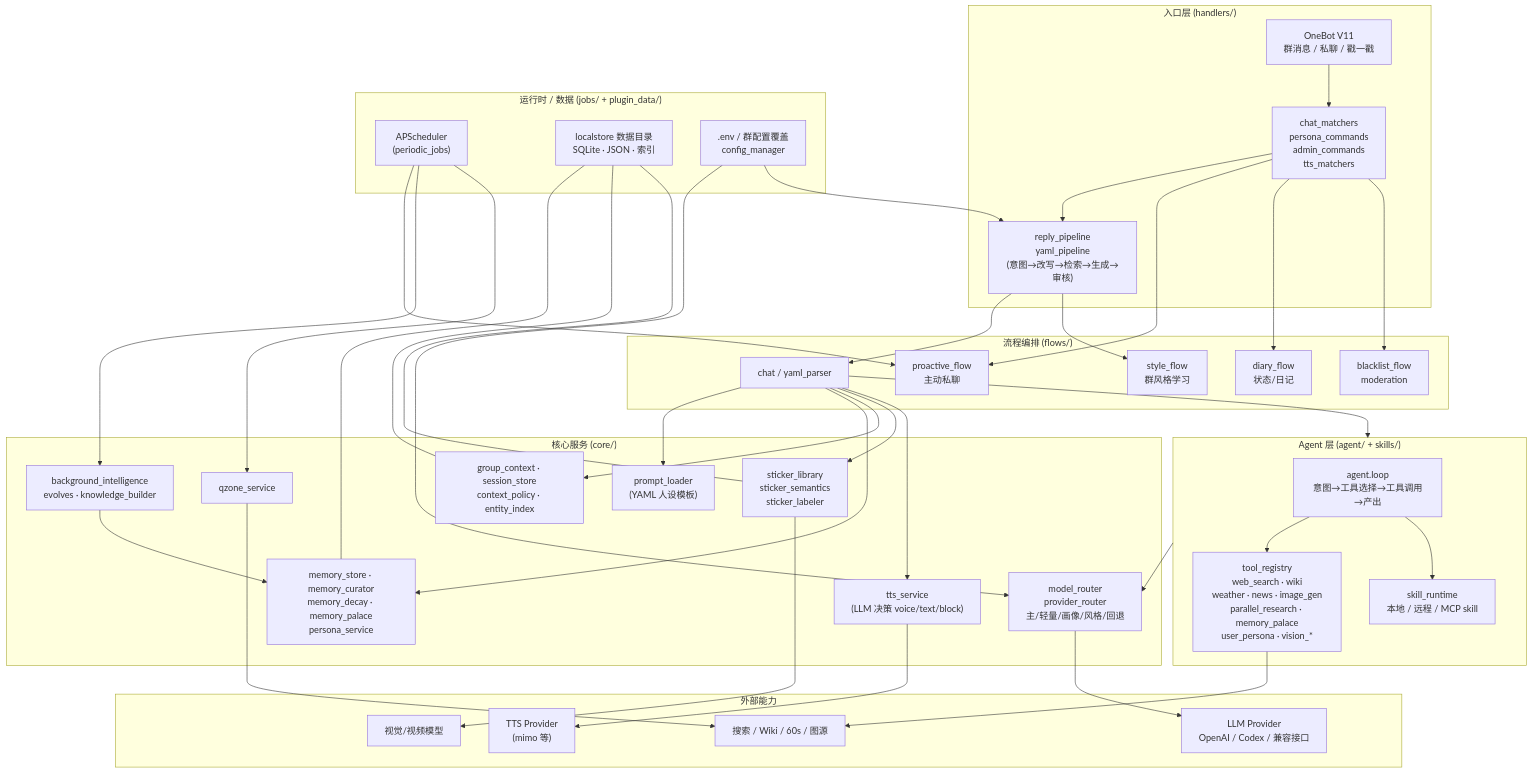
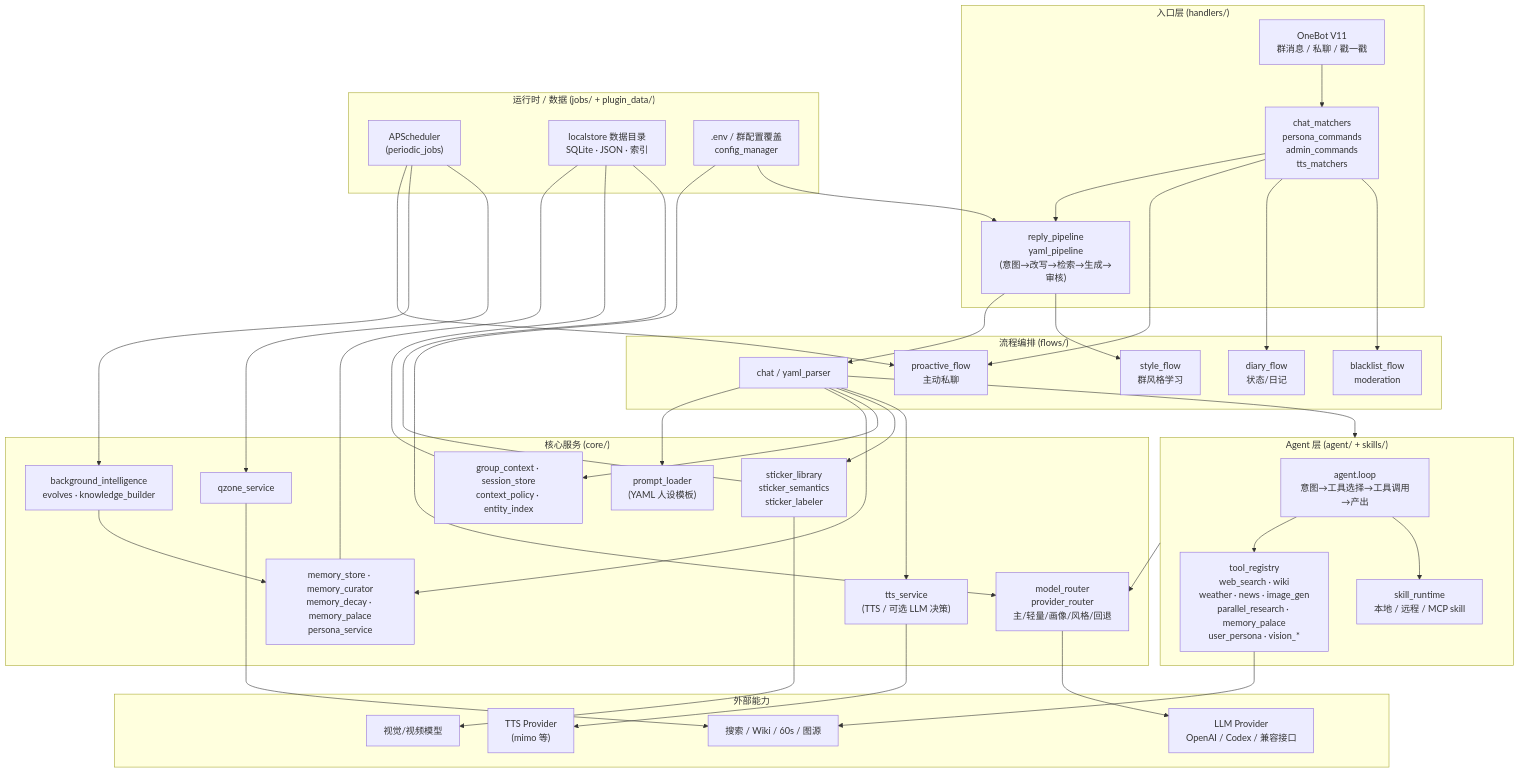
Before and after one commit to luojisama/nonebot-plugin-personification: the diagram in README.md, drawn with Mermaid. The commit also changed other lines of this file and 16 other files, not shown here.

```diff
--- a/README.md
+++ b/README.md
@@ -63,7 +63,7 @@
         Memory["memory_store · memory_curator<br/>memory_decay · memory_palace<br/>persona_service"]
         Context["group_context · session_store<br/>context_policy · entity_index"]
         Sticker["sticker_library<br/>sticker_semantics<br/>sticker_labeler"]
-        TTS["tts_service<br/>(LLM 决策 voice/text/block)"]
+        TTS["tts_service<br/>(TTS / 可选 LLM 决策)"]
         Background["background_intelligence<br/>evolves · knowledge_builder"]
         Qzone["qzone_service"]
     end
```
